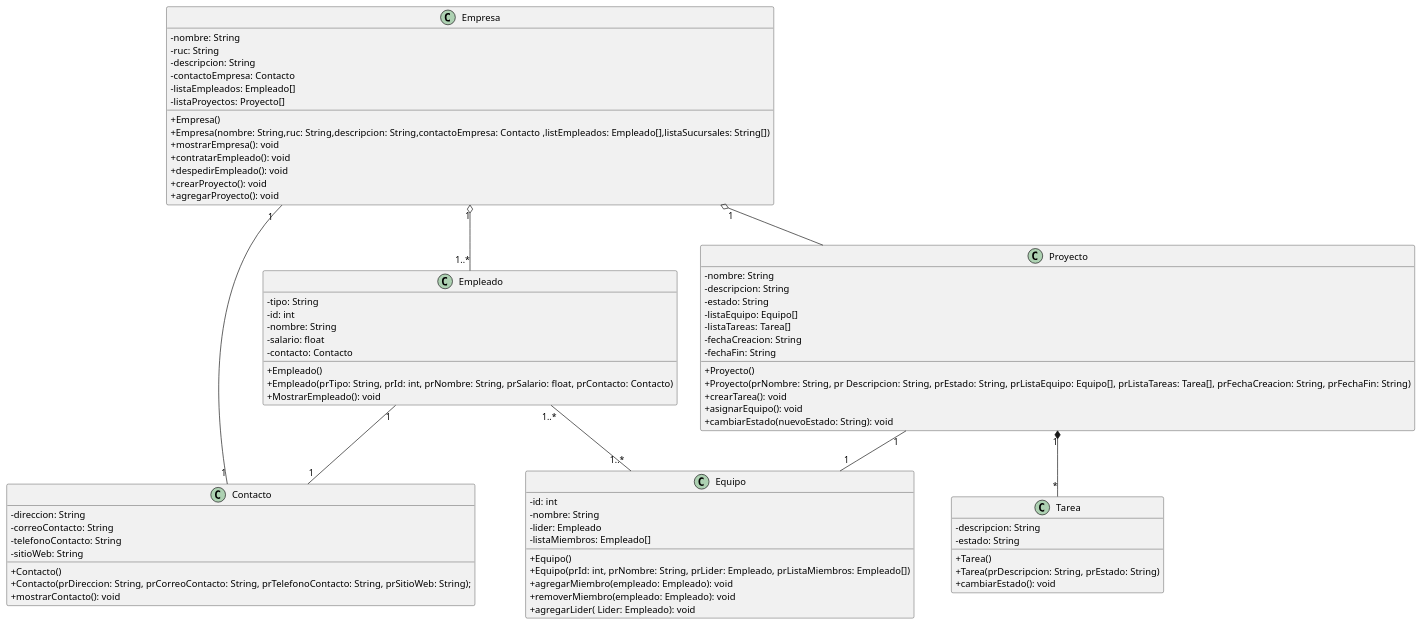
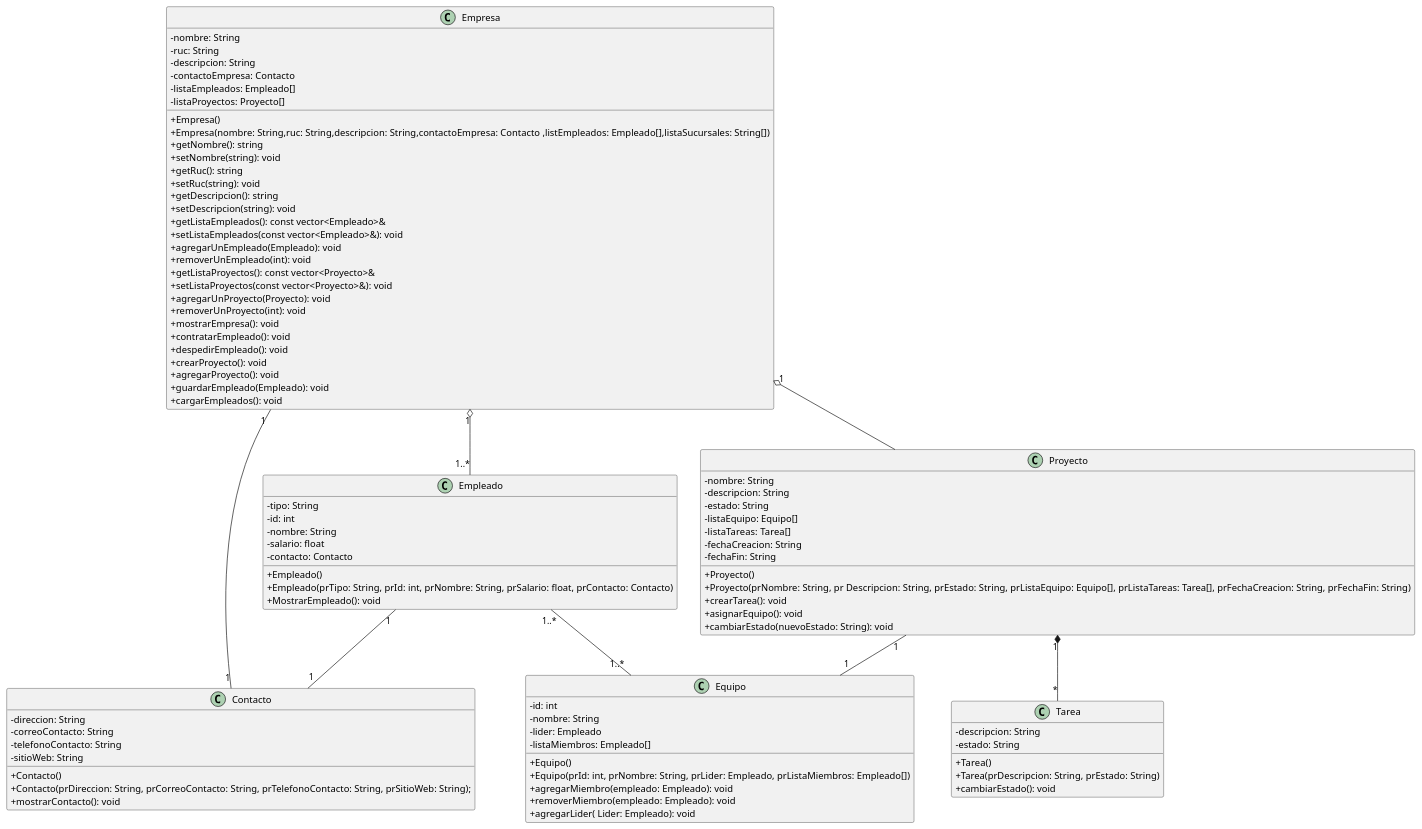
The diagram in diagramaClass.puml (royfrankly/empresaurios), drawn with PlantUML before and after one commit.

Commit message:
Update diagramaClass.puml
Cambio empresa

```diff
--- a/diagramaClass.puml
+++ b/diagramaClass.puml
@@ -1,86 +1,101 @@
 @startuml
 skinparam ClassAttributeIconSize 0
 class Empresa {
     -nombre: String
     -ruc: String
     -descripcion: String
     -contactoEmpresa: Contacto
     -listaEmpleados: Empleado[]
     -listaProyectos: Proyecto[]
 
     +Empresa()
     +Empresa(nombre: String,ruc: String,descripcion: String,contactoEmpresa: Contacto ,listEmpleados: Empleado[],listaSucursales: String[])
-    +mostrarEmpresa(): void
-    +contratarEmpleado(): void
-    +despedirEmpleado(): void
-    +crearProyecto(): void
-    +agregarProyecto(): void 
-    
+    + getNombre(): string
+    + setNombre(string): void
+    + getRuc(): string
+    + setRuc(string): void
+    + getDescripcion(): string
+    + setDescripcion(string): void
+    + getListaEmpleados(): const vector<Empleado>&
+    + setListaEmpleados(const vector<Empleado>&): void
+    + agregarUnEmpleado(Empleado): void
+    + removerUnEmpleado(int): void
+    + getListaProyectos(): const vector<Proyecto>&
+    + setListaProyectos(const vector<Proyecto>&): void
+    + agregarUnProyecto(Proyecto): void
+    + removerUnProyecto(int): void
+    + mostrarEmpresa(): void
+    + contratarEmpleado(): void
+    + despedirEmpleado(): void
+    + crearProyecto(): void
+    + agregarProyecto(): void
+    + guardarEmpleado(Empleado): void
+    + cargarEmpleados(): void
 }
 
 class Empleado {
     -tipo: String
     -id: int
     -nombre: String
     -salario: float
     -contacto: Contacto
 
 
     +Empleado()
     +Empleado(prTipo: String, prId: int, prNombre: String, prSalario: float, prContacto: Contacto)
     +MostrarEmpleado(): void
 }
 class Contacto{
     -direccion: String
     -correoContacto: String
     -telefonoContacto: String
     -sitioWeb: String
     
     +Contacto()
     +Contacto(prDireccion: String, prCorreoContacto: String, prTelefonoContacto: String, prSitioWeb: String);
     +mostrarContacto(): void
 }  
 
 class Proyecto {
     -nombre: String
     -descripcion: String
     -estado: String
     -listaEquipo: Equipo[]
     -listaTareas: Tarea[]
     -fechaCreacion: String
     -fechaFin: String
 
     +Proyecto()
     +Proyecto(prNombre: String, pr Descripcion: String, prEstado: String, prListaEquipo: Equipo[], prListaTareas: Tarea[], prFechaCreacion: String, prFechaFin: String)
     +crearTarea(): void
     +asignarEquipo(): void
     +cambiarEstado(nuevoEstado: String): void
 }
 
 class Equipo {
     -id: int
     -nombre: String
     -lider: Empleado
     -listaMiembros: Empleado[]
 
     +Equipo()
     +Equipo(prId: int, prNombre: String, prLider: Empleado, prListaMiembros: Empleado[])
     +agregarMiembro(empleado: Empleado): void
     +removerMiembro(empleado: Empleado): void
     +agregarLider( Lider: Empleado): void
 }
 Class Tarea {
     -descripcion: String
     -estado: String
     +Tarea()
     +Tarea(prDescripcion: String, prEstado: String)
     +cambiarEstado(): void
 }
 Empresa "1"-- "1" Contacto
 Empleado "1"--"1" Contacto
 Empresa "1" o--"1..*"Empleado 
 Empleado "1..*"--"1..*" Equipo
 Proyecto "1" --"1" Equipo
 Proyecto "1"*--"*" Tarea
 Empresa "1" o-- Proyecto
 @enduml
```
